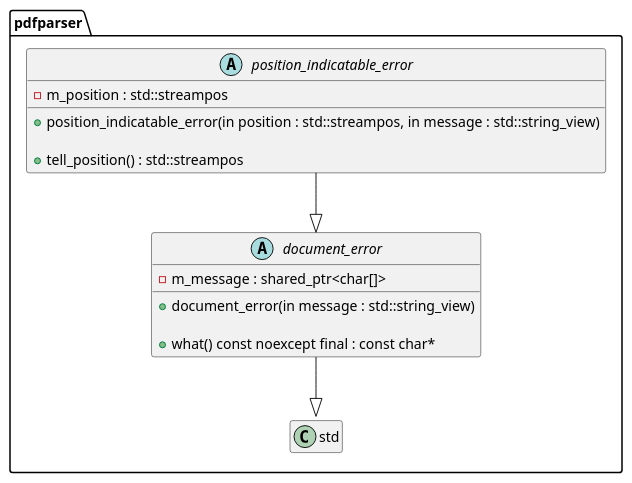
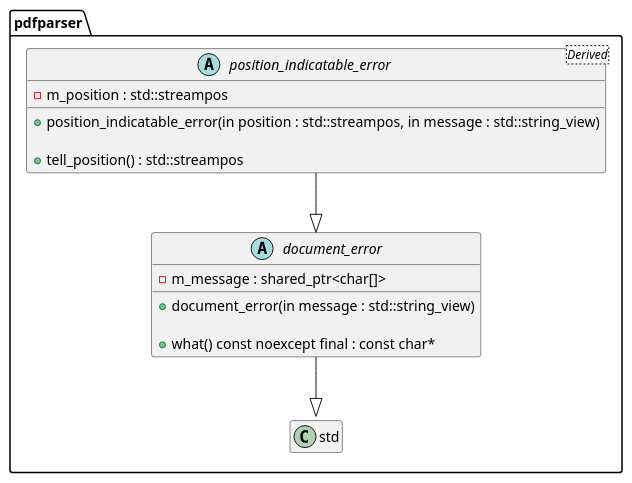
The diagram in document/document_reader/document_error.class.pu (KodaiYM/PDFReader), drawn with PlantUML before and after one commit. The commit also changed 28 other files, not shown here.

```diff
--- a/document/document_reader/document_error.class.pu
+++ b/document/document_reader/document_error.class.pu
@@ -1,22 +1,22 @@
 @startuml document_error
 hide empty members
 namespace pdfparser {
 abstract document_error {
 	-m_message : shared_ptr<char[]>
 
 	+document_error(in message : std::string_view)
 
 	+what() const noexcept final : const char* 
 }
 document_error --|> std::exception
 
-abstract position_indicatable_error {
+abstract position_indicatable_error<Derived> {
 	-m_position : std::streampos
 
 	+position_indicatable_error(in position : std::streampos, in message : std::string_view)
 
 	+tell_position() : std::streampos
 }
 position_indicatable_error --|> document_error
 }
 @enduml
```
